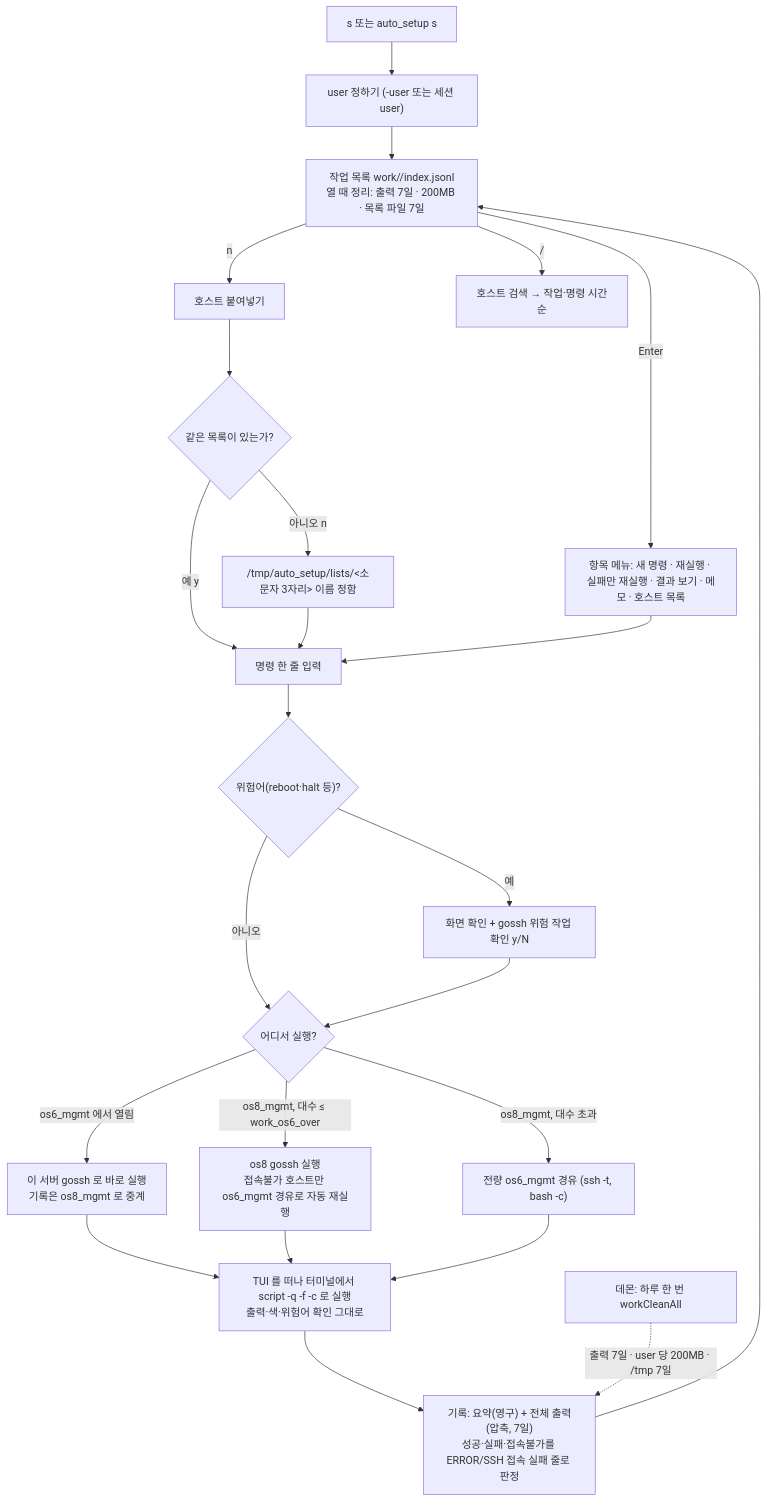
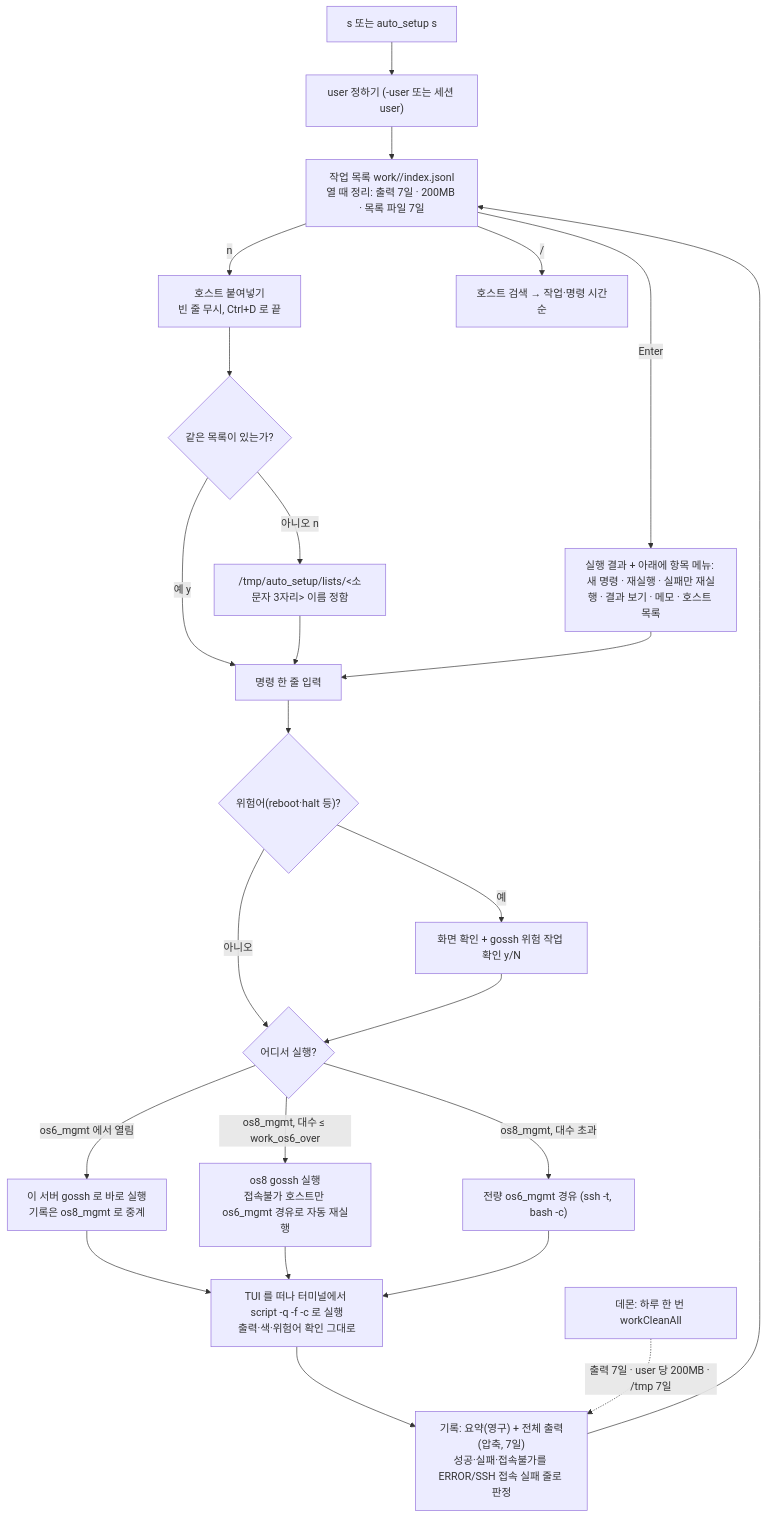
Before and after one commit to qazx2675/myrepo: the seventh of 7 diagrams in .claude/HPC/auto_setup/WORKFLOW.md, drawn with Mermaid. The commit also changed other lines of this file and 5 other files, not shown here.

````diff
--- a/.claude/HPC/auto_setup/WORKFLOW.md
+++ b/.claude/HPC/auto_setup/WORKFLOW.md
@@ -315,26 +320,26 @@
 ```mermaid
 flowchart TD
     S["s 또는 auto_setup s"] --> U["user 정하기 (-user 또는 세션 user)"]
     U --> L["작업 목록 work/<user>/index.jsonl<br/>열 때 정리: 출력 7일 · 200MB · 목록 파일 7일"]
-    L -->|"n"| PA["호스트 붙여넣기"]
+    L -->|"n"| PA["호스트 붙여넣기<br/>빈 줄 무시, Ctrl+D 로 끝"]
     PA --> RU{"같은 목록이 있는가?"}
     RU -->|"예 y"| CMD["명령 한 줄 입력"]
     RU -->|"아니오 n"| NEW["/tmp/auto_setup/lists/<소문자 3자리> 이름 정함"]
     NEW --> CMD
-    L -->|"Enter"| ITEM["항목 메뉴: 새 명령 · 재실행 · 실패만 재실행 · 결과 보기 · 메모 · 호스트 목록"]
+    L -->|"Enter"| ITEM["실행 결과 + 아래에 항목 메뉴: 새 명령 · 재실행 · 실패만 재실행 · 결과 보기 · 메모 · 호스트 목록"]
     ITEM --> CMD
     L -->|"/"| SR["호스트 검색 → 작업·명령 시간순"]
     CMD --> DG{"위험어(reboot·halt 등)?"}
     DG -->|"예"| DC["화면 확인 + gossh 위험 작업 확인 y/N"]
     DG -->|"아니오"| PL
     DC --> PL{"어디서 실행?"}
     PL -->|"os6_mgmt 에서 열림"| O6["이 서버 gossh 로 바로 실행<br/>기록은 os8_mgmt 로 중계"]
     PL -->|"os8_mgmt, 대수 ≤ work_os6_over"| O8["os8 gossh 실행<br/>접속불가 호스트만 os6_mgmt 경유로 자동 재실행"]
     PL -->|"os8_mgmt, 대수 초과"| OA["전량 os6_mgmt 경유 (ssh -t, bash -c)"]
     O6 --> RUN["TUI 를 떠나 터미널에서 script -q -f -c 로 실행<br/>출력·색·위험어 확인 그대로"]
     O8 --> RUN
     OA --> RUN
     RUN --> REC["기록: 요약(영구) + 전체 출력(압축, 7일)<br/>성공·실패·접속불가를 ERROR/SSH 접속 실패 줄로 판정"]
     REC --> L
     DM["데몬: 하루 한 번 workCleanAll"] -.->|"출력 7일 · user 당 200MB · /tmp 7일"| REC
 ```
````
